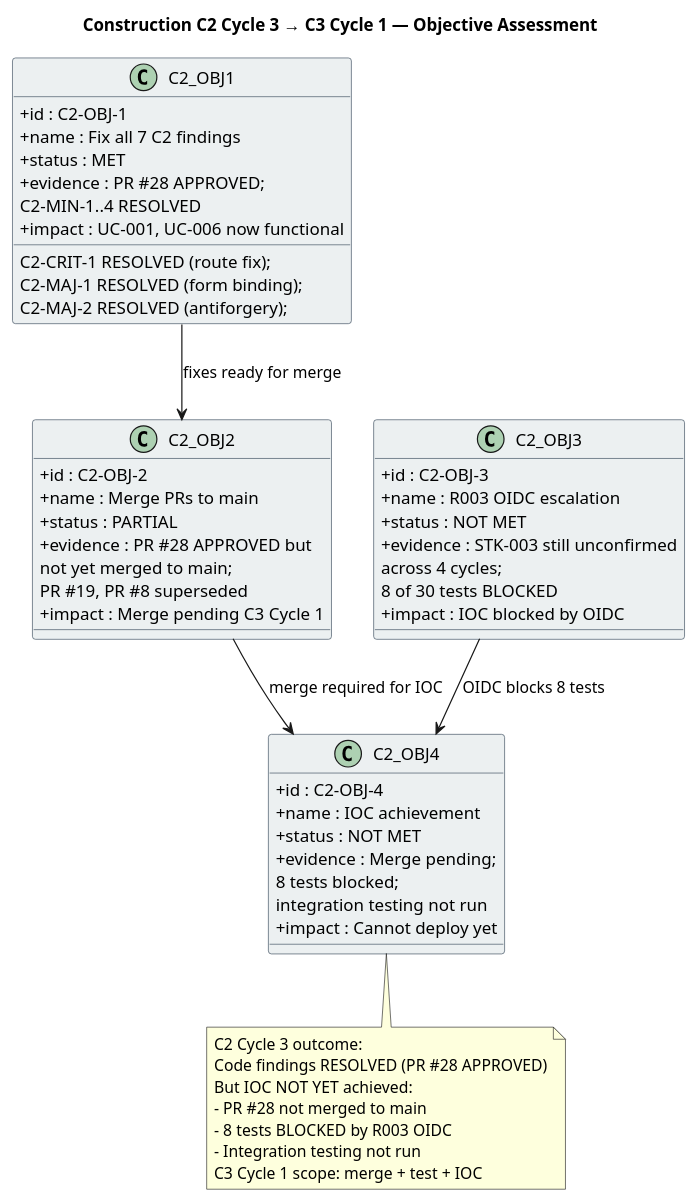
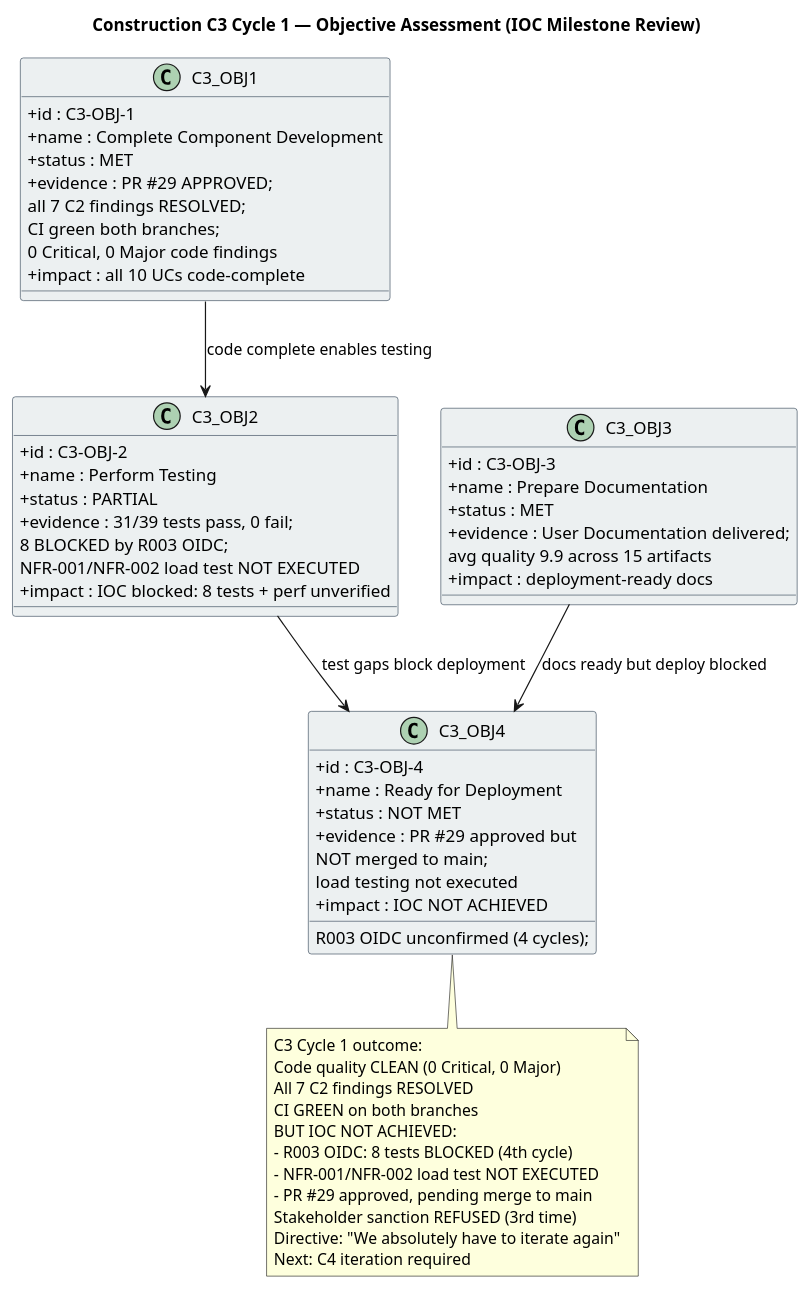
One commit to banense-test/portal-cuba-corp changed the diagram in docs/artifacts/project-management/iteration-assessment.md. Above: the diagram before and after it, drawn with PlantUML. The commit also changed other lines of this file, not shown here.

First line of the commit message:
Project Manager [C3]: upsert Iteration Assessment

````diff
--- a/docs/artifacts/project-management/iteration-assessment.md
+++ b/docs/artifacts/project-management/iteration-assessment.md
@@ -24,66 +24,69 @@
 ```plantuml
 @startuml
-title Construction C2 Cycle 3 → C3 Cycle 1 — Objective Assessment
+title Construction C3 Cycle 1 — Objective Assessment (IOC Milestone Review)
 
 skinparam classBorderColor #2C3E50
 skinparam classBackgroundColor #ECF0F1
 skinparam classAttributeIconSize 0
 
-class C2_OBJ1 {
-  + id : C2-OBJ-1
-  + name : Fix all 7 C2 findings
+class C3_OBJ1 {
+  + id : C3-OBJ-1
+  + name : Complete Component Development
   + status : MET
-  + evidence : PR #28 APPROVED;
-    C2-CRIT-1 RESOLVED (route fix);
-    C2-MAJ-1 RESOLVED (form binding);
-    C2-MAJ-2 RESOLVED (antiforgery);
-    C2-MIN-1..4 RESOLVED
-  + impact : UC-001, UC-006 now functional
+  + evidence : PR #29 APPROVED;
+    all 7 C2 findings RESOLVED;
+    CI green both branches;
+    0 Critical, 0 Major code findings
+  + impact : all 10 UCs code-complete
 }
 
-class C2_OBJ2 {
-  + id : C2-OBJ-2
-  + name : Merge PRs to main
+class C3_OBJ2 {
+  + id : C3-OBJ-2
+  + name : Perform Testing
   + status : PARTIAL
-  + evidence : PR #28 APPROVED but
-    not yet merged to main;
-    PR #19, PR #8 superseded
-  + impact : Merge pending C3 Cycle 1
+  + evidence : 31/39 tests pass, 0 fail;
+    8 BLOCKED by R003 OIDC;
+    NFR-001/NFR-002 load test NOT EXECUTED
+  + impact : IOC blocked: 8 tests + perf unverified
 }
 
-class C2_OBJ3 {
-  + id : C2-OBJ-3
-  + name : R003 OIDC escalation
-  + status : NOT MET
-  + evidence : STK-003 still unconfirmed
-    across 4 cycles;
-    8 of 30 tests BLOCKED
-  + impact : IOC blocked by OIDC
+class C3_OBJ3 {
+  + id : C3-OBJ-3
+  + name : Prepare Documentation
+  + status : MET
+  + evidence : User Documentation delivered;
+    avg quality 9.9 across 15 artifacts
+  + impact : deployment-ready docs
 }
 
-class C2_OBJ4 {
-  + id : C2-OBJ-4
-  + name : IOC achievement
+class C3_OBJ4 {
+  + id : C3-OBJ-4
+  + name : Ready for Deployment
   + status : NOT MET
-  + evidence : Merge pending;
-    8 tests blocked;
-    integration testing not run
-  + impact : Cannot deploy yet
+  + evidence : PR #29 approved but
+    NOT merged to main;
+    R003 OIDC unconfirmed (4 cycles);
+    load testing not executed
+  + impact : IOC NOT ACHIEVED
 }
 
-C2_OBJ1 --> C2_OBJ2 : fixes ready for merge
-C2_OBJ2 --> C2_OBJ4 : merge required for IOC
-C2_OBJ3 --> C2_OBJ4 : OIDC blocks 8 tests
+C3_OBJ1 --> C3_OBJ2 : code complete enables testing
+C3_OBJ2 --> C3_OBJ4 : test gaps block deployment
+C3_OBJ3 --> C3_OBJ4 : docs ready but deploy blocked
 
-note bottom of C2_OBJ4
-  C2 Cycle 3 outcome:
-  Code findings RESOLVED (PR #28 APPROVED)
-  But IOC NOT YET achieved:
-  - PR #28 not merged to main
-  - 8 tests BLOCKED by R003 OIDC
-  - Integration testing not run
-  C3 Cycle 1 scope: merge + test + IOC
+note bottom of C3_OBJ4
+  C3 Cycle 1 outcome:
+  Code quality CLEAN (0 Critical, 0 Major)
+  All 7 C2 findings RESOLVED
+  CI GREEN on both branches
+  BUT IOC NOT ACHIEVED:
+  - R003 OIDC: 8 tests BLOCKED (4th cycle)
+  - NFR-001/NFR-002 load test NOT EXECUTED
+  - PR #29 approved, pending merge to main
+  Stakeholder sanction REFUSED (3rd time)
+  Directive: "We absolutely have to iterate again"
+  Next: C4 iteration required
 end note
 
 @enduml
 ```
````
